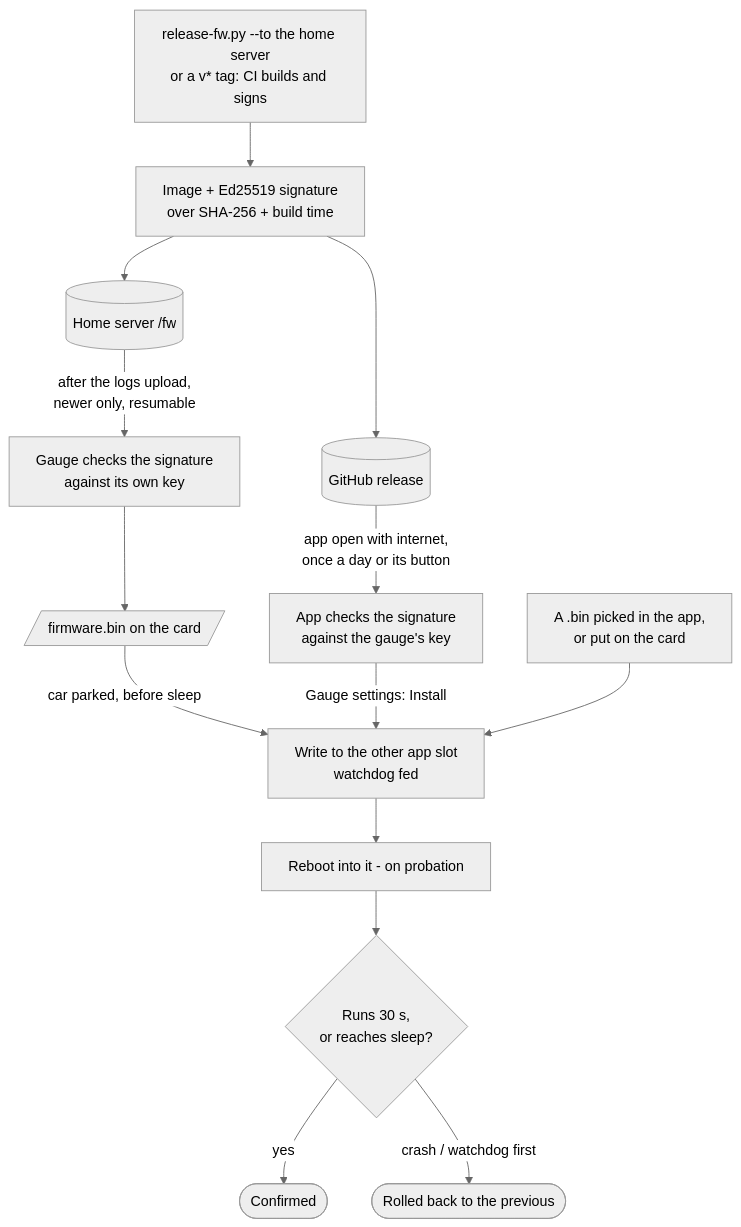
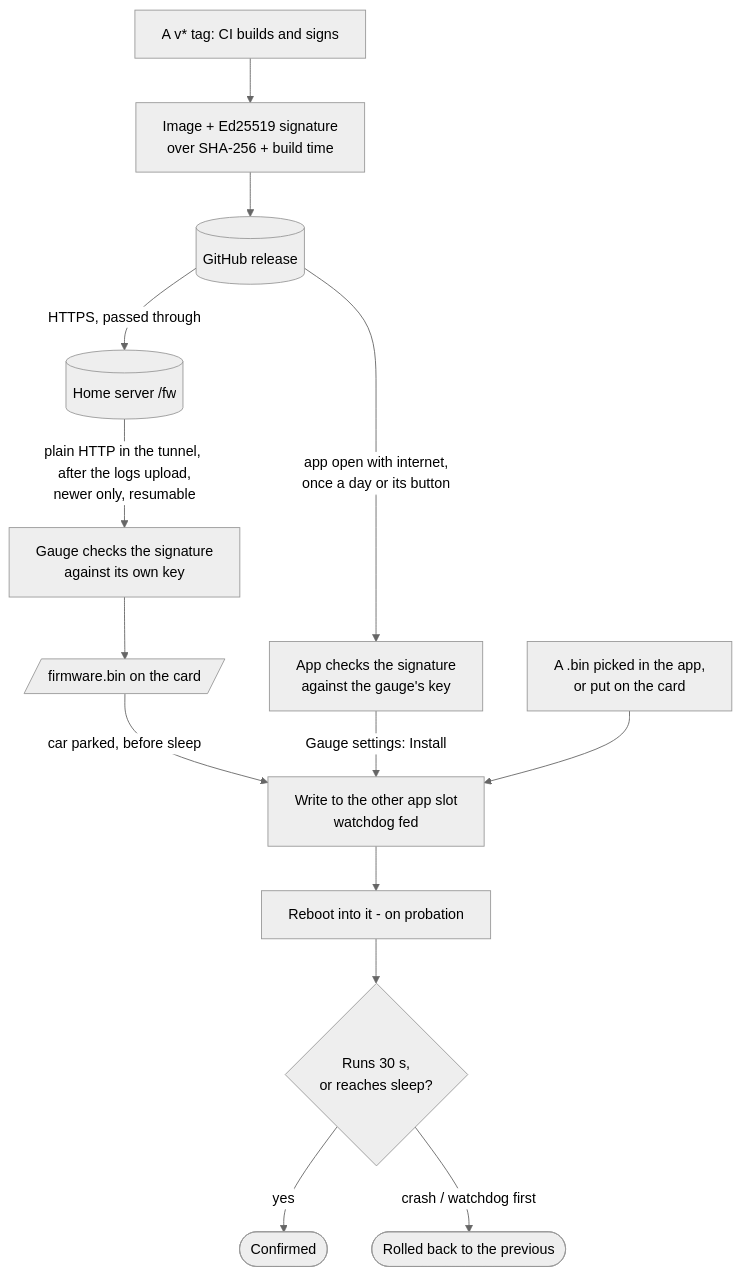
The fourth of 6 diagrams in docs/flows.md (kubiq/n-gauge), drawn with Mermaid (neutral theme) before and after one commit. The commit also changed 9 other files, not shown here.

First line of the commit message:
Server: pass the latest GitHub release on to the gauge

````diff
--- a/docs/flows.md
+++ b/docs/flows.md
@@ -81,16 +81,16 @@
 ```mermaid
 flowchart TD
-  rel["release-fw.py --to the home server<br/>or a v* tag: CI builds and signs"] --> signed[Image + Ed25519 signature<br/>over SHA-256 + build time]
-  signed --> srv[(Home server /fw)]
+  rel["A v* tag: CI builds and signs"] --> signed[Image + Ed25519 signature<br/>over SHA-256 + build time]
   signed --> gh[(GitHub release)]
-  srv -->|"after the logs upload,<br/>newer only, resumable"| check1[Gauge checks the signature<br/>against its own key]
+  gh -->|"HTTPS, passed through"| srv[(Home server /fw)]
+  srv -->|"plain HTTP in the tunnel, after the logs upload,<br/>newer only, resumable"| check1[Gauge checks the signature<br/>against its own key]
   gh -->|"app open with internet,<br/>once a day or its button"| check2[App checks the signature<br/>against the gauge's key]
   check1 --> staged[/firmware.bin on the card/]
   staged -->|"car parked, before sleep"| install
   check2 -->|"Gauge settings: Install"| install
   manual[A .bin picked in the app,<br/>or put on the card] --> install
   install[Write to the other app slot<br/>watchdog fed] --> boot[Reboot into it - on probation]
   boot --> ok{"Runs 30 s,<br/>or reaches sleep?"}
   ok -- yes --> confirmed([Confirmed])
   ok -- "crash / watchdog first" --> rollback([Rolled back to the previous])
 ```
````
